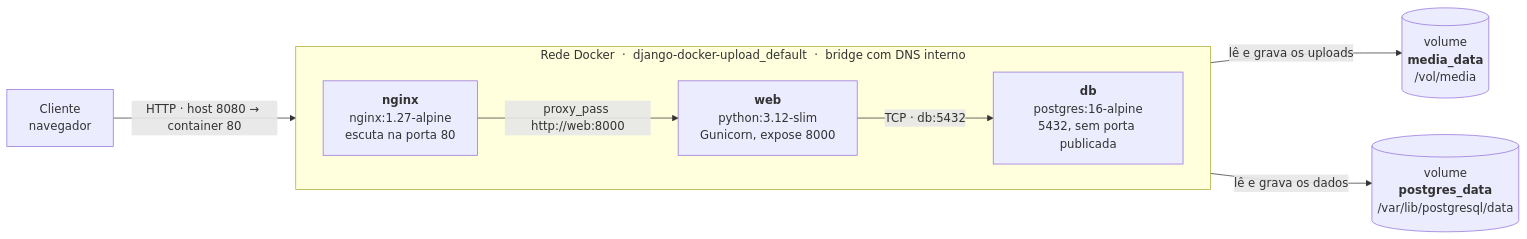
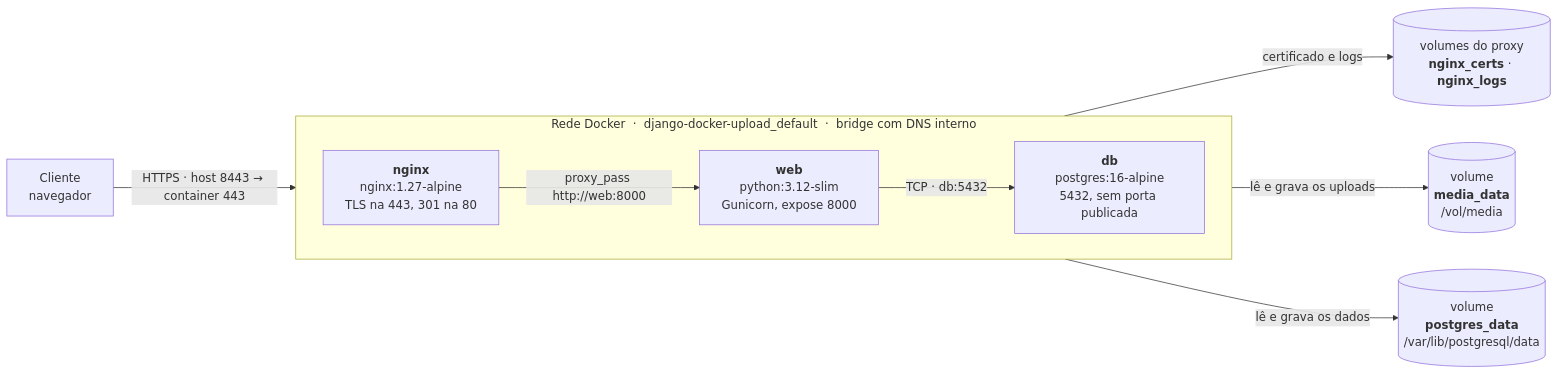
One commit to Geisbelly/django-docker-upload changed the first of 2 diagrams in DOCUMENTACAO.md. Above: the diagram before and after it, drawn with Mermaid. The commit also changed other lines of this file and 9 other files, not shown here.

````diff
--- a/DOCUMENTACAO.md
+++ b/DOCUMENTACAO.md
@@ -29,20 +30,22 @@
 ```mermaid
 flowchart LR
     cliente["Cliente<br/>navegador"]
 
     subgraph rede["Rede Docker &nbsp;·&nbsp; django-docker-upload_default &nbsp;·&nbsp; bridge com DNS interno"]
         direction LR
-        nginx["<b>nginx</b><br/>nginx:1.27-alpine<br/>escuta na porta 80"]
+        nginx["<b>nginx</b><br/>nginx:1.27-alpine<br/>TLS na 443, 301 na 80"]
         web["<b>web</b><br/>python:3.12-slim<br/>Gunicorn, expose 8000"]
         db["<b>db</b><br/>postgres:16-alpine<br/>5432, sem porta publicada"]
     end
 
     media[("volume<br/><b>media_data</b><br/>/vol/media")]
+    logs[("volumes do proxy<br/><b>nginx_certs</b> · <b>nginx_logs</b>")]
     pg[("volume<br/><b>postgres_data</b><br/>/var/lib/postgresql/data")]
 
-    cliente -->|"HTTP · host 8080 → container 80"| nginx
+    cliente -->|"HTTPS · host 8443 → container 443"| nginx
     nginx -->|"proxy_pass http://web:8000"| web
     web -->|"TCP · db:5432"| db
+    nginx -->|"certificado e logs"| logs
     web -->|"lê e grava os uploads"| media
     db -->|"lê e grava os dados"| pg
 ```
````
